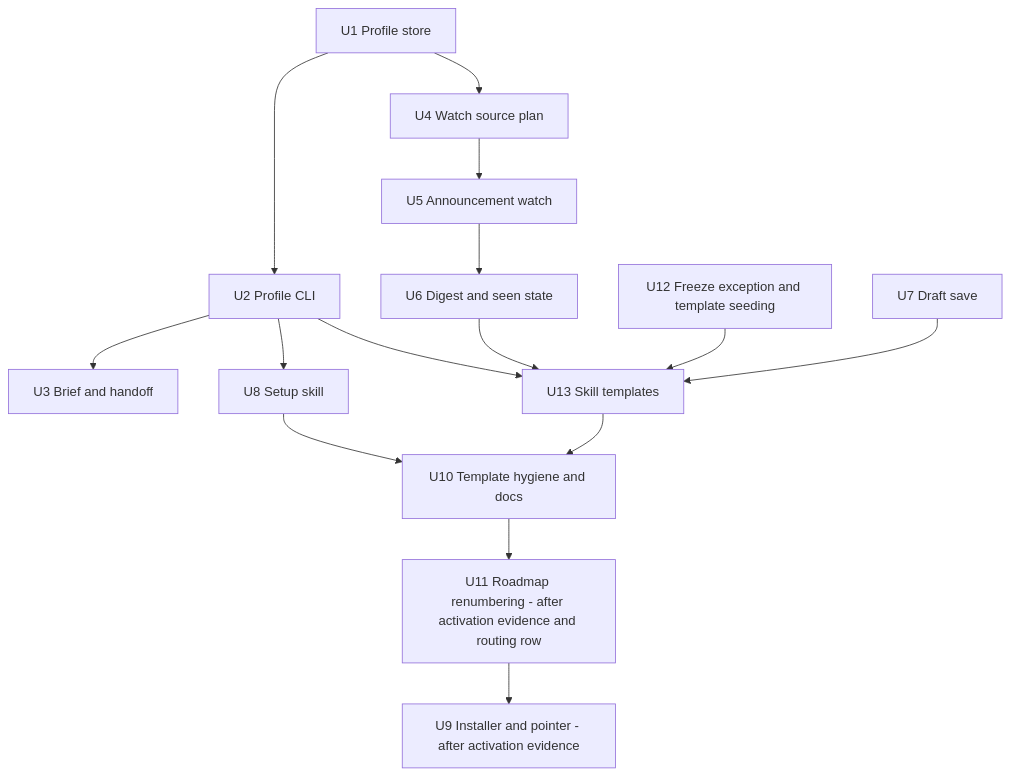
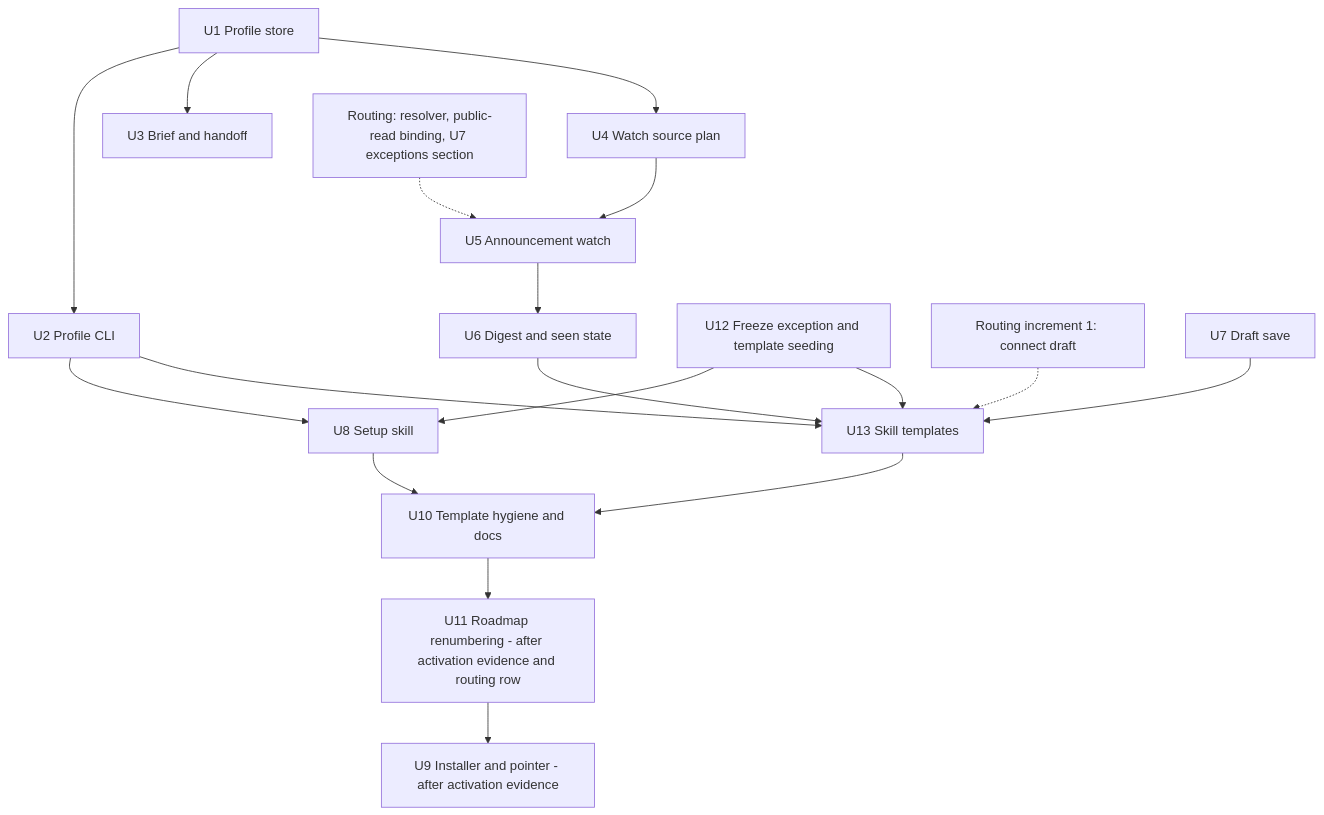
Before and after one commit to sundharesan11/developer-context-kit: the third of 3 diagrams in docs/plans/2026-10-16-001-feat-personal-harness-template-plan.md, drawn with Mermaid. The commit also changed other lines of this file, not shown here.

````diff
--- a/docs/plans/2026-10-16-001-feat-personal-harness-template-plan.md
+++ b/docs/plans/2026-10-16-001-feat-personal-harness-template-plan.md
@@ -452,17 +473,20 @@
 ```mermaid
 flowchart TB
   U1[U1 Profile store] --> U2[U2 Profile CLI]
-  U2 --> U3[U3 Brief and handoff]
+  U1 --> U3[U3 Brief and handoff]
   U1 --> U4[U4 Watch source plan]
   U4 --> U5[U5 Announcement watch]
+  RT[Routing: resolver, public-read binding, U7 exceptions section] -.-> U5
   U5 --> U6[U6 Digest and seen state]
   U2 --> U8[U8 Setup skill]
+  U12 --> U8
   U12[U12 Freeze exception and template seeding] --> U13[U13 Skill templates]
+  RD[Routing increment 1: connect draft] -.-> U13
   U6 --> U13
   U7[U7 Draft save] --> U13
   U2 --> U13
   U8 --> U10[U10 Template hygiene and docs]
   U13 --> U10
   U10 --> U11[U11 Roadmap renumbering - after activation evidence and routing row]
   U11 --> U9[U9 Installer and pointer - after activation evidence]
 ```
````
